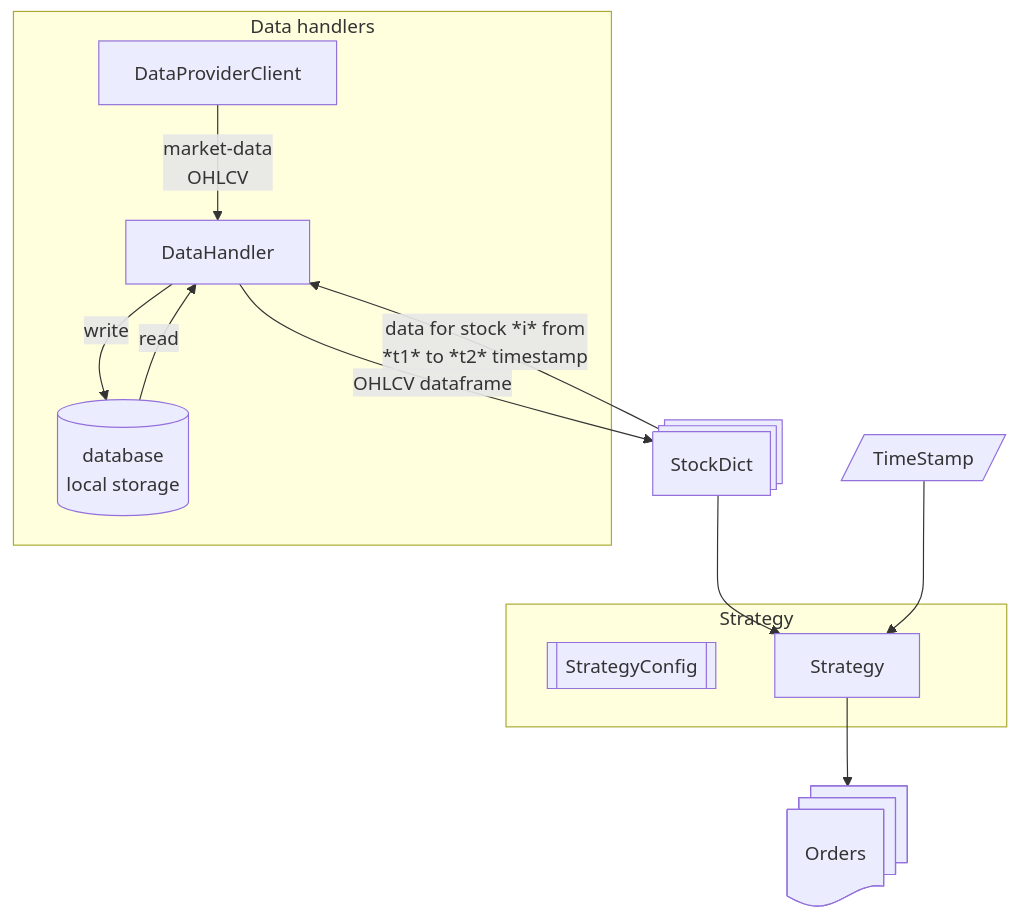
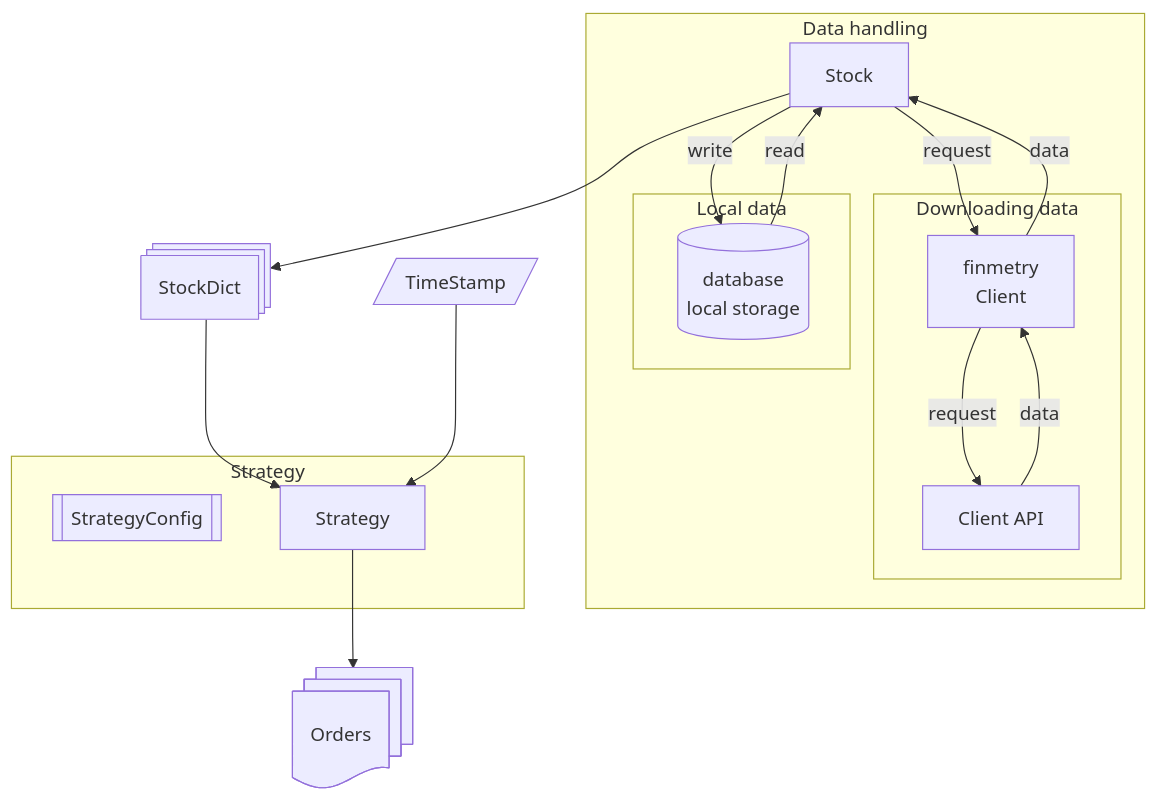
The diagram in README.md (dev-ddr/finmetry), drawn with Mermaid before and after one commit. The commit also changed 2 other files, not shown here.

````diff
--- a/README.md
+++ b/README.md
@@ -23,33 +23,39 @@
 ```mermaid
 
 flowchart TB
 
-subgraph DATA["Data handlers"]
+subgraph DATA["Data handling"]
     %% direction  LR
-    dp[DataProviderClient]
-    dh[DataHandler]
+    s1[Stock]
+    
+    subgraph Download["Downloading data"]
+    dp[Client API]
+    dh[finmetry<br>Client]
+    end
+
+    subgraph LOCAL["Local data"]
     db[(database <br> local storage)]
+    end
+    s1 --request--> dh --request--> dp --data--> dh --data-->s1
+    s1 --write-->db --read--> s1
 
-    dp --market-data <br> OHLCV--> dh
-    dh --write--> db
-    db --read--> dh
 end
 
-sd1@{ shape: procs, label: "StockDict"}
+s1 --> sd1@{ shape: procs, label: "StockDict"}
 
 subgraph STRATEGY["Strategy"]
     %% direction LR
     sconfig[[StrategyConfig]]
     stg1[Strategy]
 end
 
 orders@{ shape: docs, label: "Orders" }
 stginput@{ shape: lean-r, label: "TimeStamp" }
 stg1 --> orders
 sd1 --> stg1
 stginput --> stg1
 
-sd1 --data for stock *i* from <br>*t1* to *t2* timestamp--> dh
-dh --OHLCV dataframe--> sd1
+%% sd1 --data for stock *i* from <br>*t1* to *t2* timestamp--> dh
+%% dh --OHLCV dataframe--> sd1
 
 ```
````
